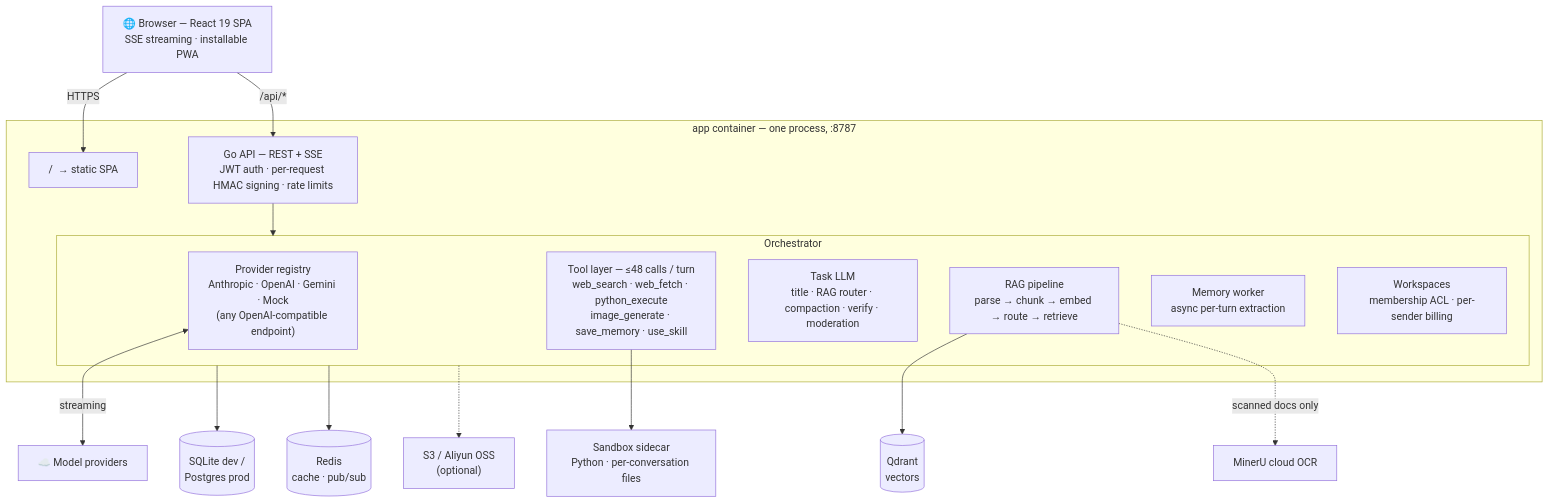
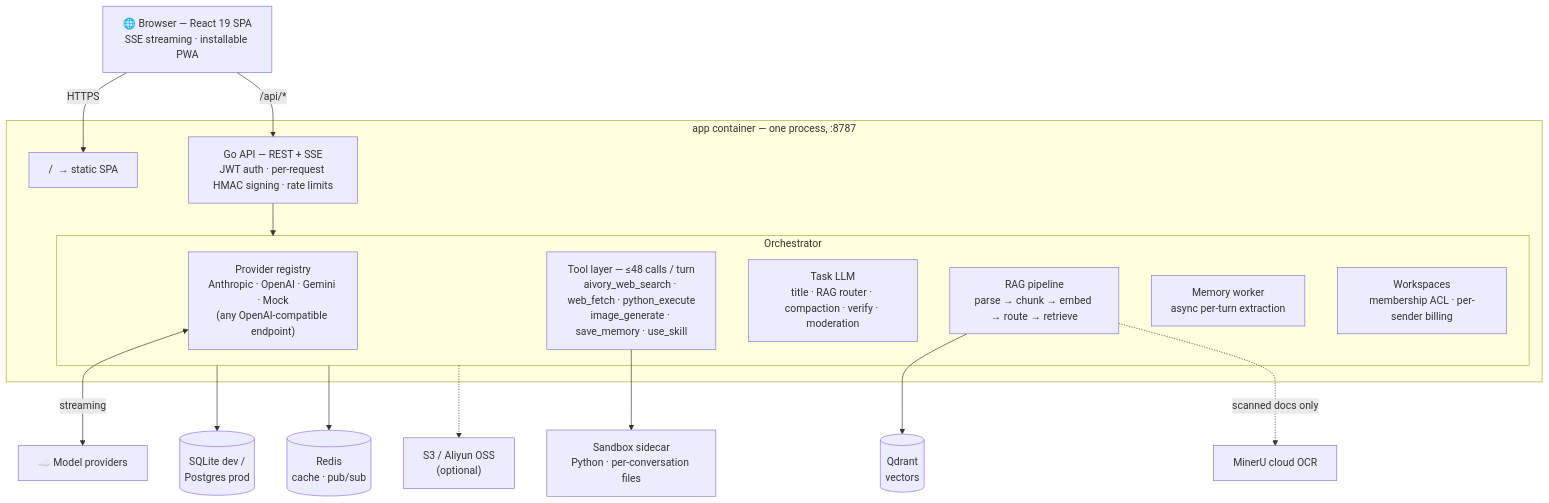
The diagram in README.md (hjxwz123/Aivory), drawn with Mermaid before and after one commit. The commit also changed other lines of this file and 93 other files, not shown here.

````diff
--- a/README.md
+++ b/README.md
@@ -255,30 +257,30 @@
 ```mermaid
 graph TB
     B["🌐 Browser — React 19 SPA<br/>SSE streaming · installable PWA"]
 
     subgraph APP["app container — one process, :8787"]
         SPA["/ &nbsp;→ static SPA"]
         API["Go API — REST + SSE<br/>JWT auth · per-request HMAC signing · rate limits"]
         subgraph ORCH["Orchestrator"]
             PROV["Provider registry<br/>Anthropic · OpenAI · Gemini · Mock<br/>(any OpenAI-compatible endpoint)"]
-            TOOLS["Tool layer — ≤48 calls / turn<br/>web_search · web_fetch · python_execute<br/>image_generate · save_memory · use_skill"]
+            TOOLS["Tool layer — ≤48 calls / turn<br/>aivory_web_search · web_fetch · python_execute<br/>image_generate · save_memory · use_skill"]
             TASK["Task LLM<br/>title · RAG router · compaction · verify · moderation"]
             RAGP["RAG pipeline<br/>parse → chunk → embed → route → retrieve"]
             MEMW["Memory worker<br/>async per-turn extraction"]
             WS["Workspaces<br/>membership ACL · per-sender billing"]
         end
     end
 
     B -->|HTTPS| SPA
     B -->|"/api/*"| API
     API --> ORCH
 
     PROV <-->|streaming| LLM["☁️ Model providers"]
     TOOLS --> SBX["Sandbox sidecar<br/>Python · per-conversation files"]
     RAGP --> QD[("Qdrant<br/>vectors")]
     RAGP -.->|"scanned docs only"| MRU["MinerU cloud OCR"]
 
     ORCH --> DB[("SQLite dev /<br/>Postgres prod")]
     ORCH --> RDS[("Redis<br/>cache · pub/sub")]
     ORCH -.-> OBJ["S3 / Aliyun OSS<br/>(optional)"]
 ```
````
